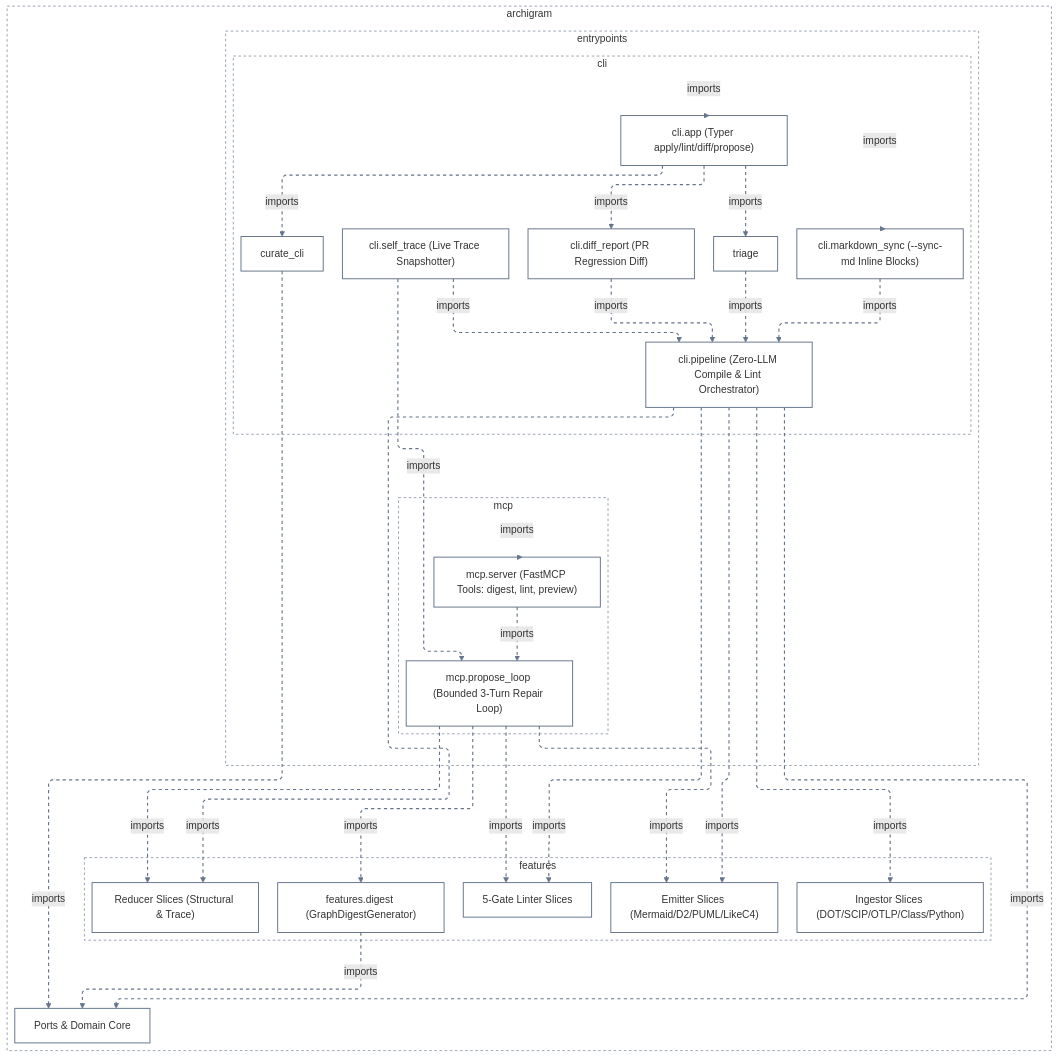
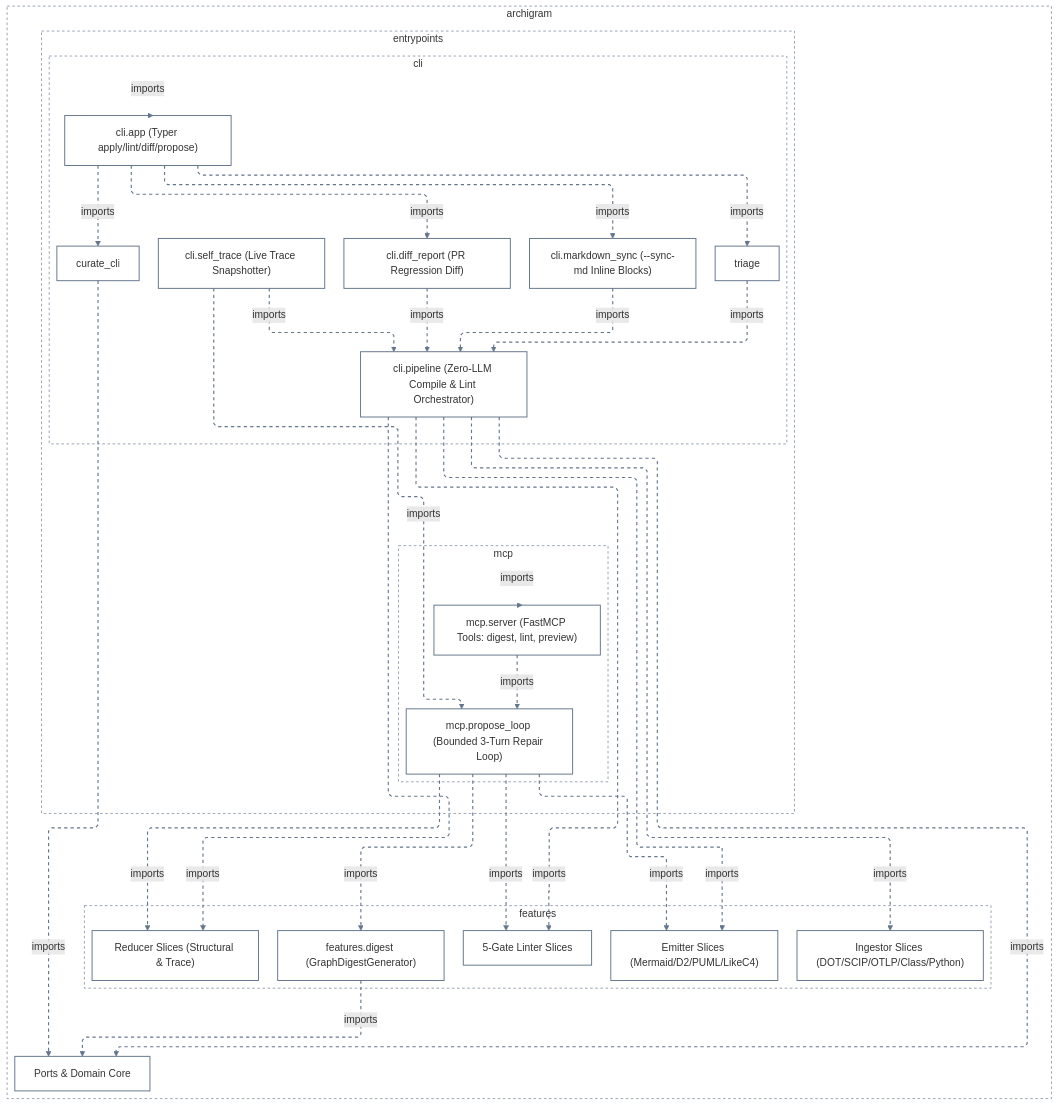
The diagram in docs/architecture/diagrams/l2d_cli_and_mcp_adapters_mermaid.mmd (klcd/archigram), drawn with Mermaid before and after one commit. The commit also changed 14 other files, not shown here.

```diff
--- a/docs/architecture/diagrams/l2d_cli_and_mcp_adapters_mermaid.mmd
+++ b/docs/architecture/diagrams/l2d_cli_and_mcp_adapters_mermaid.mmd
@@ -1,66 +1,66 @@
 ---
 config:
   layout: elk
   elk:
     mergeEdges: false
     nodePlacementStrategy: BRANDES_KOEPF
   flowchart:
     defaultRenderer: elk
     curve: linear
 ---
 flowchart TD
   classDef default fill:transparent,stroke:#64748b,stroke-width:1.5px
   subgraph n0["archigram"]
     subgraph n1["entrypoints"]
       subgraph n2["cli"]
         n3["curate_cli"]
         n4["triage"]
         n7["cli.app (Typer apply/lint/diff/propose)"]
         n8["cli.diff_report (PR Regression Diff)"]
         n9["cli.markdown_sync (--sync-md Inline Blocks)"]
         n10["cli.pipeline (Zero-LLM Compile & Lint Orchestrator)"]
         n11["cli.self_trace (Live Trace Snapshotter)"]
       end
       subgraph n5["mcp"]
         n17["mcp.propose_loop (Bounded 3-Turn Repair Loop)"]
         n18["mcp.server (FastMCP Tools: digest, lint, preview)"]
       end
     end
     subgraph n6["features"]
       n12["features.digest (GraphDigestGenerator)"]
       n13["Emitter Slices (Mermaid/D2/PUML/LikeC4)"]
       n14["Ingestor Slices (DOT/SCIP/OTLP/Class/Python)"]
       n15["5-Gate Linter Slices"]
       n16["Reducer Slices (Structural & Trace)"]
     end
     n19["Ports & Domain Core"]
   end
   style n0 fill:transparent,stroke:#64748b,stroke-width:1px,stroke-dasharray:4 4
   style n1 fill:transparent,stroke:#64748b,stroke-width:1px,stroke-dasharray:4 4
   style n2 fill:transparent,stroke:#64748b,stroke-width:1px,stroke-dasharray:4 4
   style n5 fill:transparent,stroke:#64748b,stroke-width:1px,stroke-dasharray:4 4
   style n6 fill:transparent,stroke:#64748b,stroke-width:1px,stroke-dasharray:4 4
   n7 -.->|"imports"| n3
   n7 -.->|"imports"| n4
   n2 -.->|"imports"| n7
   n8 -.->|"imports"| n10
   n7 -.->|"imports"| n8
   n9 -.->|"imports"| n10
-  n2 -.->|"imports"| n9
+  n7 -.->|"imports"| n9
   n4 -.->|"imports"| n10
   n11 -.->|"imports"| n10
   n17 -.->|"imports"| n12
   n17 -.->|"imports"| n13
   n10 -.->|"imports"| n13
   n10 -.->|"imports"| n14
   n17 -.->|"imports"| n15
   n10 -.->|"imports"| n15
   n11 -.->|"imports"| n17
   n18 -.->|"imports"| n17
   n5 -.->|"imports"| n18
   n12 -.->|"imports"| n19
   n3 -.->|"imports"| n19
   n10 -.->|"imports"| n19
   n17 -.->|"imports"| n16
   n10 -.->|"imports"| n16
   linkStyle 0,1,2,3,4,5,6,7,8,9,10,11,12,13,14,15,16,17,18,19,20,21,22 stroke:#64748b,stroke-width:1.75px,stroke-dasharray:5 5
```
